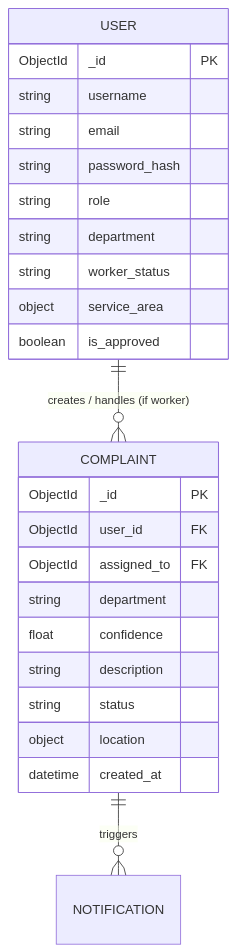
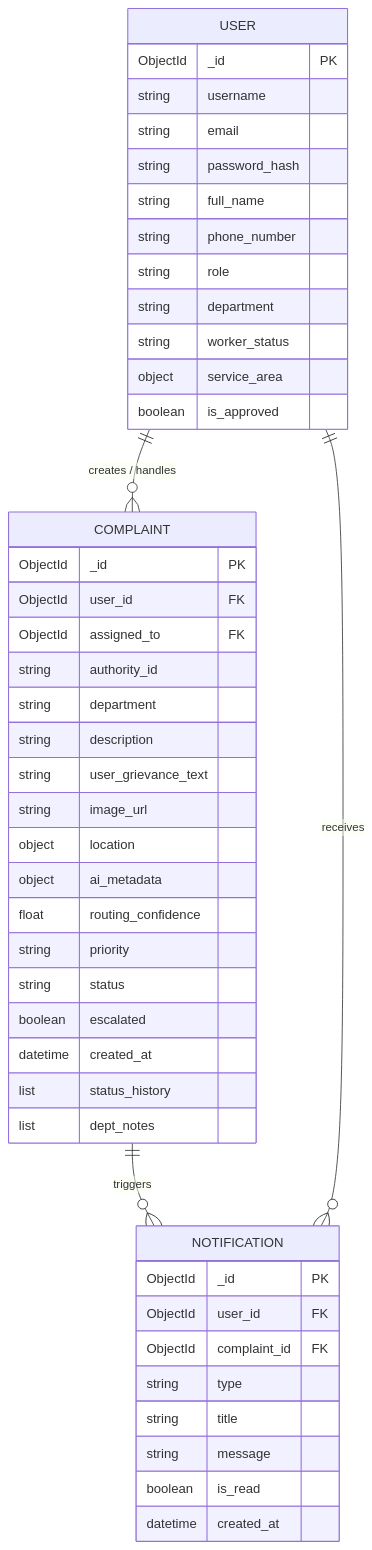
The second of 10 diagrams in docs/DIAGRAMS.md (ark5234/Jan-Sunwai-AI), drawn with Mermaid before and after one commit. The commit also changed other lines of this file, not shown here.

Commit message:
docs: add comprehensive system architecture and design diagrams documentation

````diff
--- a/docs/DIAGRAMS.md
+++ b/docs/DIAGRAMS.md
@@ -47,29 +47,51 @@
 ```mermaid
 erDiagram
-    USER ||--o{ COMPLAINT : "creates / handles (if worker)"
+    USER ||--o{ COMPLAINT : "creates / handles"
     COMPLAINT ||--o{ NOTIFICATION : triggers
+    USER ||--o{ NOTIFICATION : receives
     
     USER {
         ObjectId _id PK
         string username
         string email
         string password_hash
+        string full_name
+        string phone_number
         string role
         string department
         string worker_status
         object service_area
         boolean is_approved
     }
     
     COMPLAINT {
         ObjectId _id PK
         ObjectId user_id FK
         ObjectId assigned_to FK
+        string authority_id
         string department
-        float confidence
         string description
+        string user_grievance_text
+        string image_url
+        object location
+        object ai_metadata
+        float routing_confidence
+        string priority
         string status
-        object location
+        boolean escalated
+        datetime created_at
+        list status_history
+        list dept_notes
+    }
+    
+    NOTIFICATION {
+        ObjectId _id PK
+        ObjectId user_id FK
+        ObjectId complaint_id FK
+        string type
+        string title
+        string message
+        boolean is_read
         datetime created_at
     }
 ```
````
